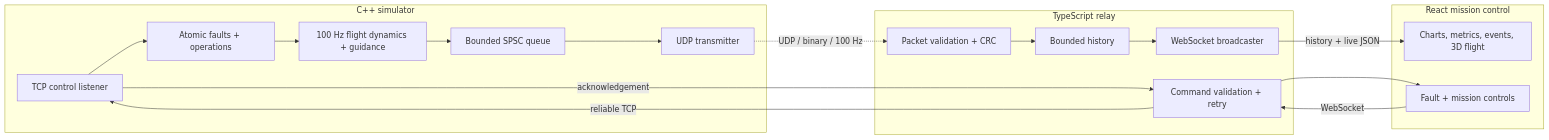
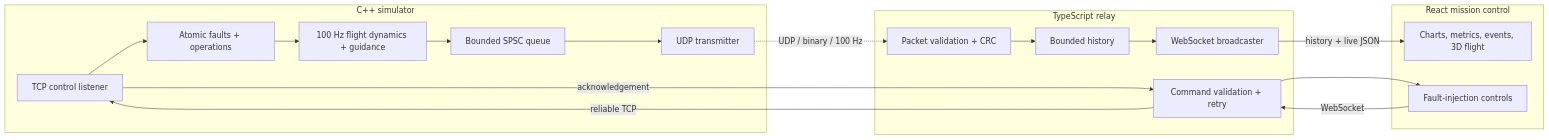
The diagram in README.md (santiagomunoz15/flightdeck-x), drawn with Mermaid before and after one commit. The commit also changed other lines of this file and 28 other files, not shown here.

````diff
--- a/README.md
+++ b/README.md
@@ -58,27 +58,27 @@
 ```mermaid
 flowchart LR
   subgraph Generator["C++ simulator"]
     SIM["100 Hz flight dynamics + guidance"] --> QUEUE["Bounded SPSC queue"]
     QUEUE --> TX["UDP transmitter"]
     CONTROL["TCP control listener"] --> STATE["Atomic faults + operations"]
     STATE --> SIM
   end
 
   subgraph Stream["TypeScript relay"]
     VALIDATE["Packet validation + CRC"] --> HISTORY["Bounded history"]
     HISTORY --> WS["WebSocket broadcaster"]
     COMMANDS["Command validation + retry"]
   end
 
   subgraph UI["React mission control"]
     DASH["Charts, metrics, events, 3D flight"]
-    OPS["Fault + mission controls"]
+    OPS["Fault-injection controls"]
   end
 
   TX -. "UDP / binary / 100 Hz" .-> VALIDATE
   WS -->|"history + live JSON"| DASH
   OPS -->|"WebSocket"| COMMANDS
   COMMANDS -->|"reliable TCP"| CONTROL
   CONTROL -->|"acknowledgement"| COMMANDS
   COMMANDS --> OPS
 ```
````
